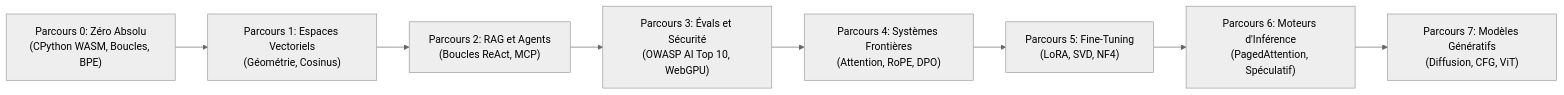
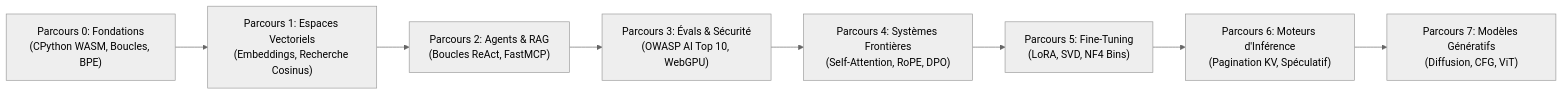
The first of 2 diagrams in docs/translations/README_fr.md (Adilrafiq001/OpenGuideForAI), drawn with Mermaid (neutral theme) before and after one commit. The commit also changed other lines of this file and 19 other files, not shown here.

````diff
--- a/docs/translations/README_fr.md
+++ b/docs/translations/README_fr.md
@@ -110,13 +74,13 @@
 ```mermaid
 graph LR
-    T0["Parcours 0: Zéro Absolu<br/>(CPython WASM, Boucles, BPE)"]
-    T1["Parcours 1: Espaces Vectoriels<br/>(Géométrie, Cosinus)"]
-    T2["Parcours 2: RAG et Agents<br/>(Boucles ReAct, MCP)"]
-    T3["Parcours 3: Évals et Sécurité<br/>(OWASP AI Top 10, WebGPU)"]
-    T4["Parcours 4: Systèmes Frontières<br/>(Attention, RoPE, DPO)"]
-    T5["Parcours 5: Fine-Tuning<br/>(LoRA, SVD, NF4)"]
-    T6["Parcours 6: Moteurs d'Inférence<br/>(PagedAttention, Spéculatif)"]
+    T0["Parcours 0: Fondations<br/>(CPython WASM, Boucles, BPE)"]
+    T1["Parcours 1: Espaces Vectoriels<br/>(Embeddings, Recherche Cosinus)"]
+    T2["Parcours 2: Agents & RAG<br/>(Boucles ReAct, FastMCP)"]
+    T3["Parcours 3: Évals & Sécurité<br/>(OWASP AI Top 10, WebGPU)"]
+    T4["Parcours 4: Systèmes Frontières<br/>(Self-Attention, RoPE, DPO)"]
+    T5["Parcours 5: Fine-Tuning<br/>(LoRA, SVD, NF4 Bins)"]
+    T6["Parcours 6: Moteurs d'Inférence<br/>(Pagination KV, Spéculatif)"]
     T7["Parcours 7: Modèles Génératifs<br/>(Diffusion, CFG, ViT)"]
 
     T0 --> T1 --> T2 --> T3 --> T4 --> T5 --> T6 --> T7
 ```
````
